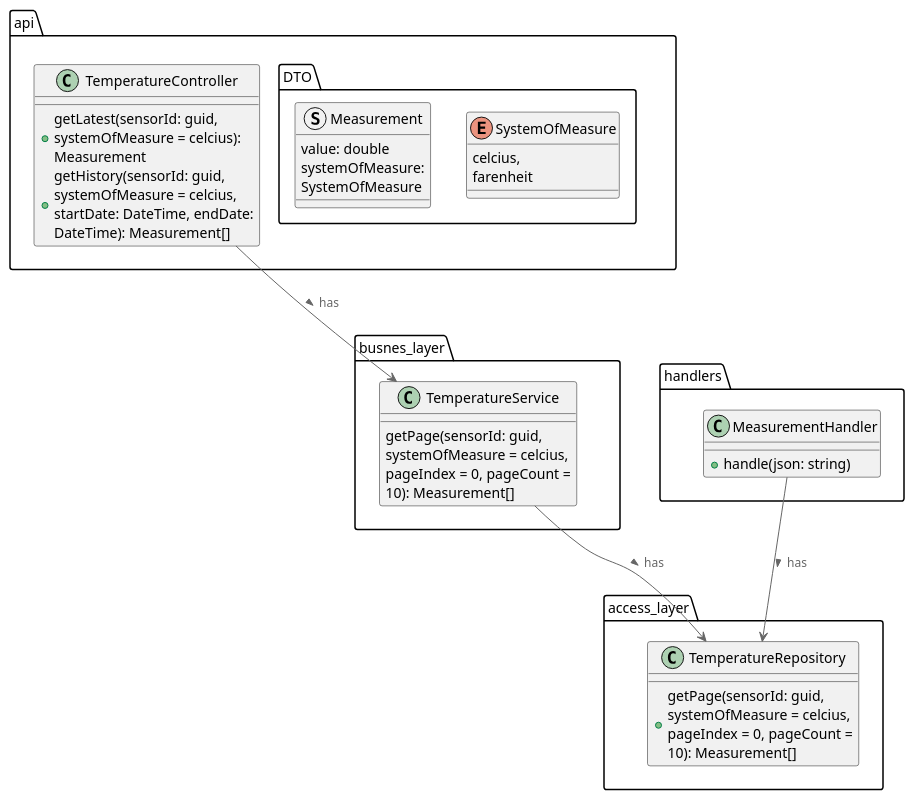
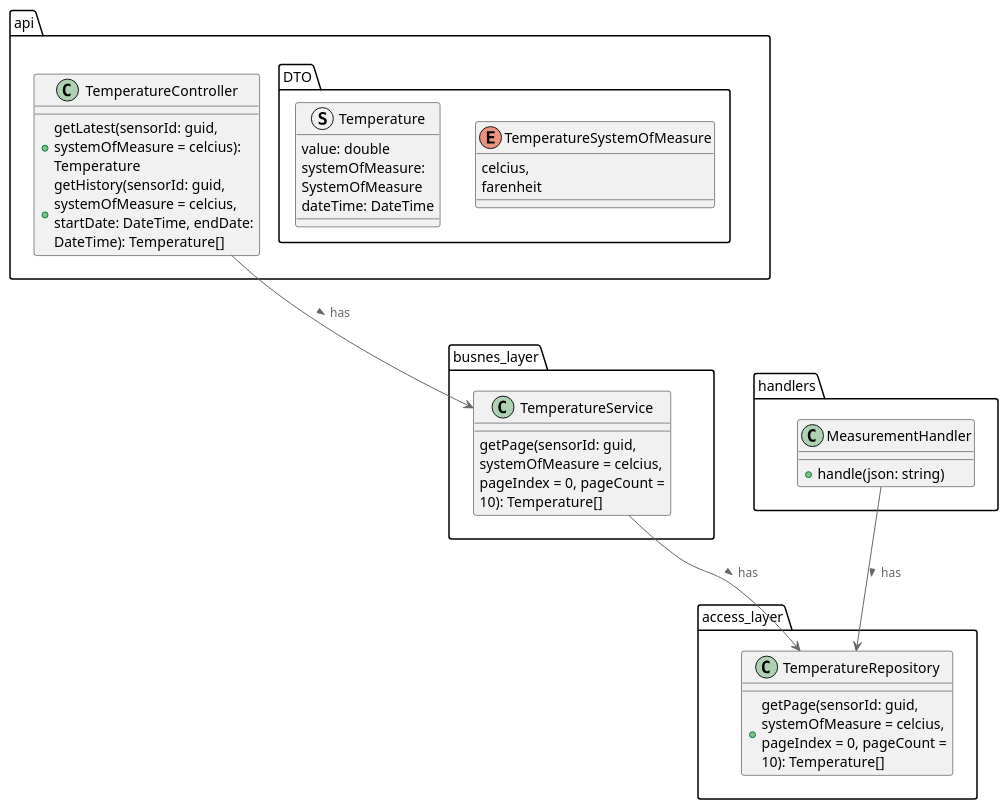
The diagram in schemas/TO-BE/c4_MonitoringService.puml (vladimir-kulgun/architecture-pro-warmhouse), drawn with PlantUML before and after one commit. The commit also changed 1 other file, not shown here.

```diff
--- a/schemas/TO-BE/c4_MonitoringService.puml
+++ b/schemas/TO-BE/c4_MonitoringService.puml
@@ -1,51 +1,52 @@
 @startuml
 !include https://raw.githubusercontent.com/plantuml-stdlib/C4-PlantUML/master/C4_Container.puml
 
 package api {
   package DTO {
-    enum SystemOfMeasure {
+    enum TemperatureSystemOfMeasure {
       celcius,
       farenheit
       }
 
-    struct Measurement {
+    struct Temperature {
       value: double
       systemOfMeasure: SystemOfMeasure
+      dateTime: DateTime
     }
   }
   
   class TemperatureController {
-      + getLatest(sensorId: guid, systemOfMeasure = celcius): Measurement
-      + getHistory(sensorId: guid, systemOfMeasure = celcius, startDate: DateTime, endDate: DateTime): Measurement[]
+      + getLatest(sensorId: guid, systemOfMeasure = celcius): Temperature
+      + getHistory(sensorId: guid, systemOfMeasure = celcius, startDate: DateTime, endDate: DateTime): Temperature[]
   }
 }
 
 package busnes_layer {
   class TemperatureService {
-    getPage(sensorId: guid, systemOfMeasure = celcius, pageIndex = 0, pageCount = 10): Measurement[]
+    getPage(sensorId: guid, systemOfMeasure = celcius, pageIndex = 0, pageCount = 10): Temperature[]
   }
 }
 
 package handlers {
   class MeasurementHandler {
     + handle(json: string)
   }
 }
 
 package access_layer {
   class TemperatureRepository {
-    + getPage(sensorId: guid, systemOfMeasure = celcius, pageIndex = 0, pageCount = 10): Measurement[]
+    + getPage(sensorId: guid, systemOfMeasure = celcius, pageIndex = 0, pageCount = 10): Temperature[]
   }
 }
 
 Lay_D(api, busnes_layer)
 Lay_D(api, handlers)
 Lay_D(busnes_layer, access_layer)
 
 TemperatureController -> TemperatureService: has >
 TemperatureService -> TemperatureRepository: has >
 
 MeasurementHandler -> TemperatureRepository: has >
 
 
 @enduml
```
